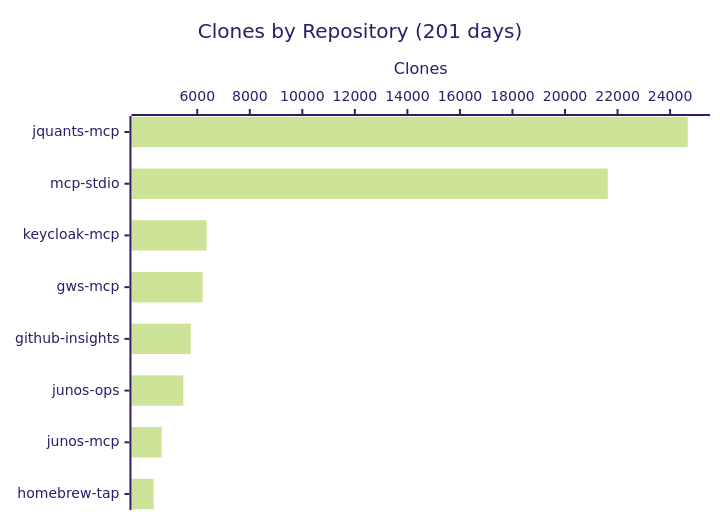
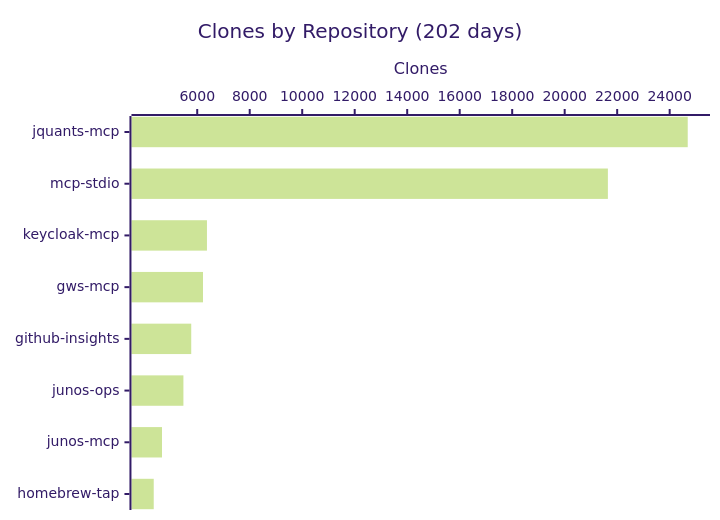
One commit to shigechika/github-insights changed the fourth of 4 diagrams in README.md. Above: the diagram before and after it, drawn with Mermaid (forest theme). The commit also changed other lines of this file and 2 other files, not shown here.

````diff
--- a/README.md
+++ b/README.md
@@ -58,7 +58,7 @@
 ```mermaid
 xychart-beta horizontal
-    title "Clones by Repository (201 days)"
+    title "Clones by Repository (202 days)"
     x-axis ["jquants-mcp", "mcp-stdio", "keycloak-mcp", "gws-mcp", "github-insights", "junos-ops", "junos-mcp", "homebrew-tap"]
     y-axis "Clones"
-    bar [24672, 21629, 6359, 6207, 5753, 5468, 4647, 4343]
+    bar [24688, 21646, 6371, 6220, 5772, 5474, 4658, 4343]
 ```
````
